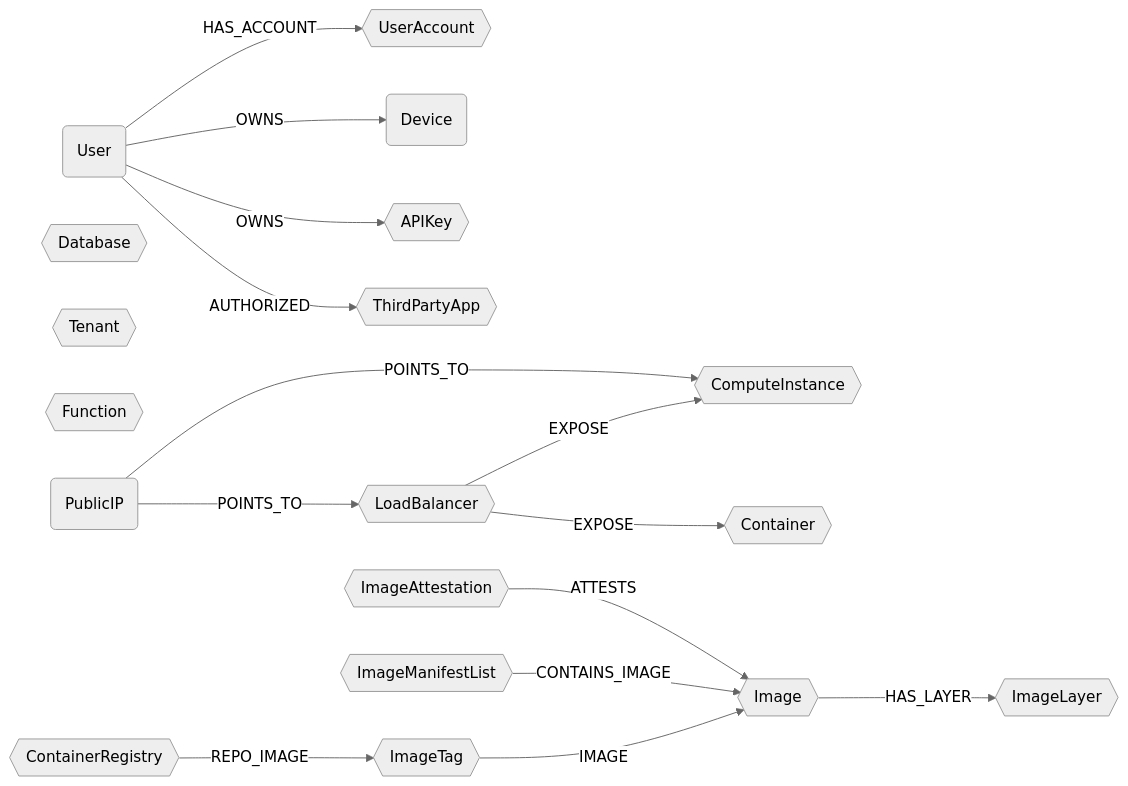
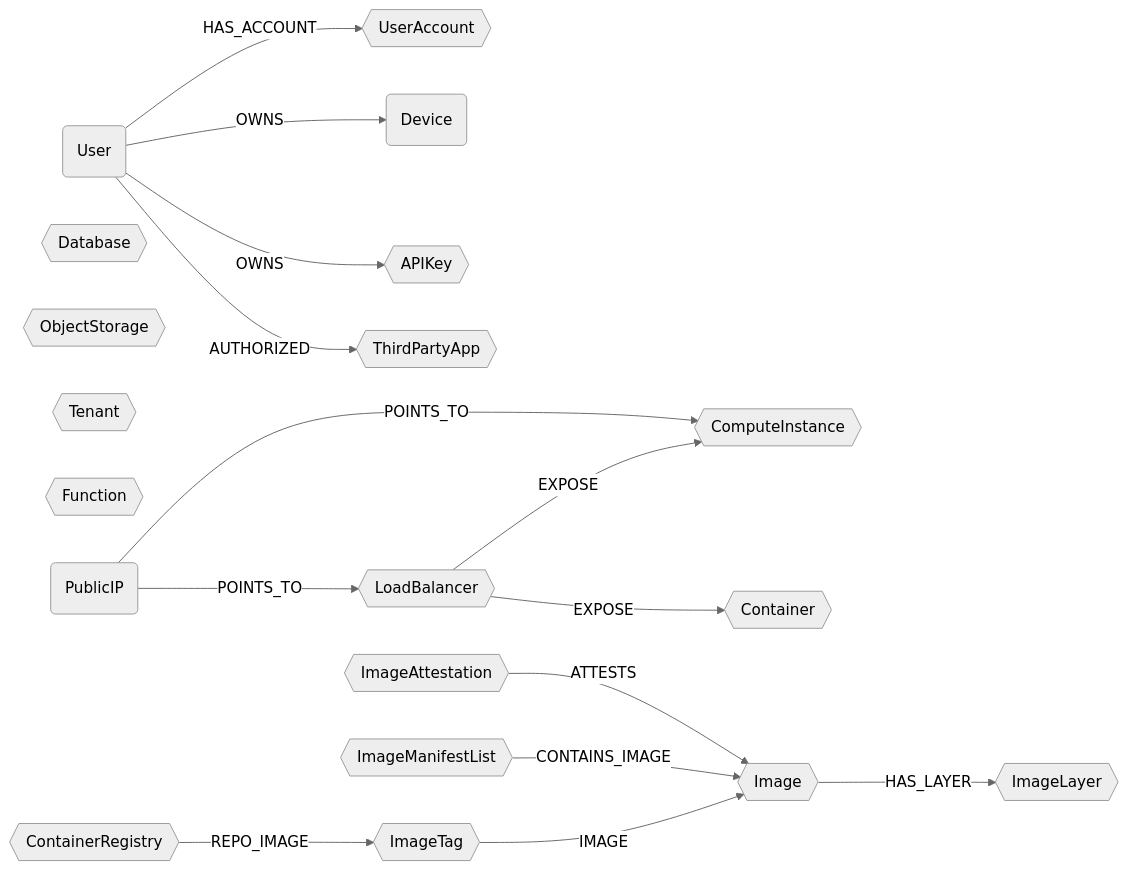
One commit to cartography-cncf/cartography changed the diagram in docs/root/modules/ontology/schema.md. Above: the diagram before and after it, drawn with Mermaid (neutral theme). The commit also changed other lines of this file and 9 other files, not shown here.

First line of the commit message:
feat(ontology): add ObjectStorage semantic label for cross-cloud bucket querying

````diff
--- a/docs/root/modules/ontology/schema.md
+++ b/docs/root/modules/ontology/schema.md
@@ -6,20 +6,21 @@
 ```mermaid
 graph LR
 
 U(User) -- HAS_ACCOUNT --> UA{{UserAccount}}
 U -- OWNS --> CC(Device)
 U -- OWNS --> AK{{APIKey}}
 U -- AUTHORIZED --> OA{{ThirdPartyApp}}
 LB{{LoadBalancer}} -- EXPOSE --> CI{{ComputeInstance}}
 LB -- EXPOSE --> CT{{Container}}
 DB{{Database}}
+OS{{ObjectStorage}}
 TN{{Tenant}}
 FN{{Function}}
 PIP(PublicIP) -- POINTS_TO --> LB
 PIP -- POINTS_TO --> CI
 CR{{ContainerRegistry}} -- REPO_IMAGE --> IT{{ImageTag}}
 IT -- IMAGE --> IM{{Image}}
 IML{{ImageManifestList}} -- CONTAINS_IMAGE --> IM
 IA{{ImageAttestation}} -- ATTESTS --> IM
 IM -- HAS_LAYER --> IL{{ImageLayer}}
 ```
````
